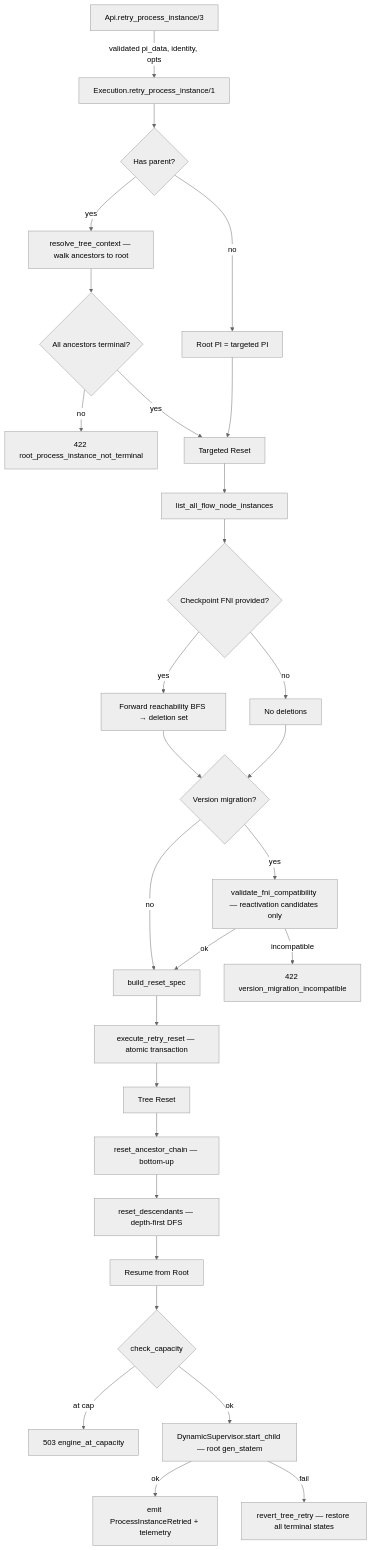
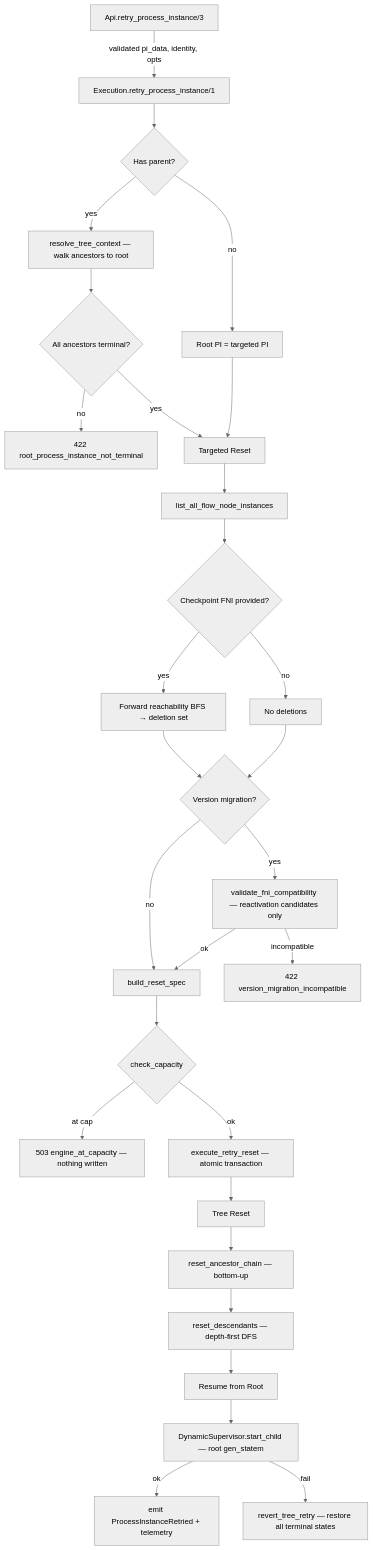
The diagram in docs/architecture/execution.md (ElRaptorus/BFW-Engine), drawn with Mermaid (neutral theme) before and after one commit. The commit also changed other lines of this file and 65 other files, not shown here.

````diff
--- a/docs/architecture/execution.md
+++ b/docs/architecture/execution.md
@@ -1348,34 +1350,34 @@
 ```mermaid
 flowchart TD
     A[Api.retry_process_instance/3] -->|validated pi_data, identity, opts| B[Execution.retry_process_instance/1]
     B --> C{Has parent?}
     C -->|yes| D[resolve_tree_context — walk ancestors to root]
     C -->|no| E[Root PI = targeted PI]
     D --> F{All ancestors terminal?}
     F -->|no| FAIL1[422 root_process_instance_not_terminal]
     F -->|yes| G[Targeted Reset]
     E --> G
 
     G --> H[list_all_flow_node_instances]
     H --> I{Checkpoint FNI provided?}
     I -->|yes| J[Forward reachability BFS → deletion set]
     I -->|no| K[No deletions]
     J --> L{Version migration?}
     K --> L
     L -->|yes| M[validate_fni_compatibility — reactivation candidates only]
     L -->|no| N[build_reset_spec]
     M -->|incompatible| FAIL2[422 version_migration_incompatible]
     M -->|ok| N
-    N --> O[execute_retry_reset — atomic transaction]
+    N --> N1{check_capacity}
+    N1 -->|at cap| FAIL3[503 engine_at_capacity — nothing written]
+    N1 -->|ok| O[execute_retry_reset — atomic transaction]
 
     O --> P[Tree Reset]
     P --> P1[reset_ancestor_chain — bottom-up]
     P1 --> P2[reset_descendants — depth-first DFS]
 
     P2 --> Q[Resume from Root]
-    Q --> Q1{check_capacity}
-    Q1 -->|at cap| FAIL3[503 engine_at_capacity]
-    Q1 -->|ok| Q2[DynamicSupervisor.start_child — root gen_statem]
+    Q --> Q2[DynamicSupervisor.start_child — root gen_statem]
     Q2 -->|ok| R[emit ProcessInstanceRetried + telemetry]
     Q2 -->|fail| S[revert_tree_retry — restore all terminal states]
 ```
````
